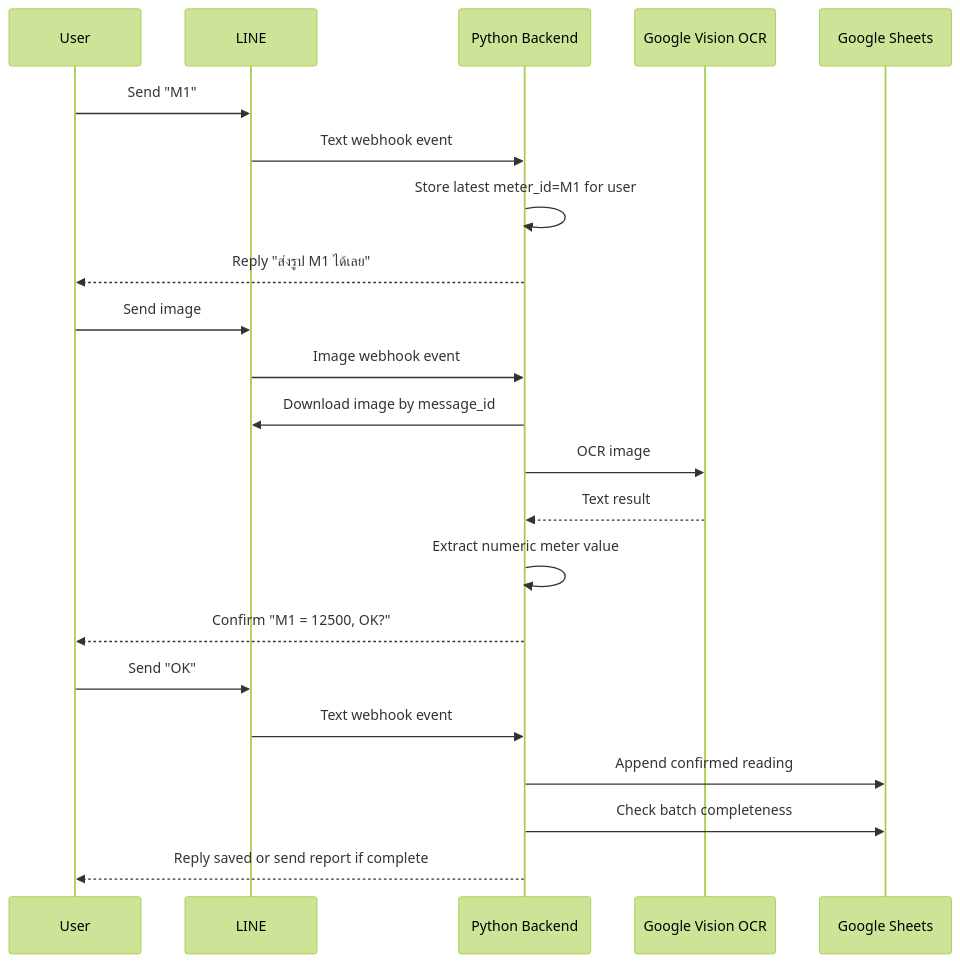
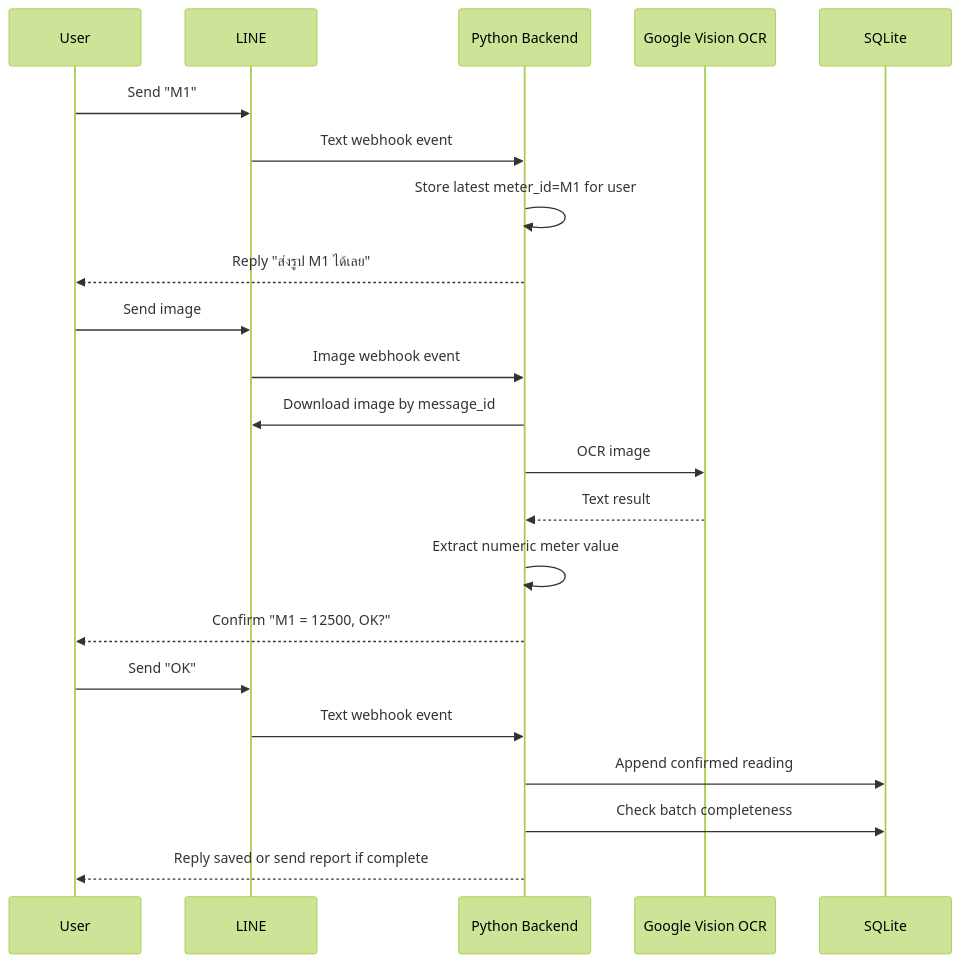
The second of 2 diagrams in docs/01-architecture.md (aphidach/ptop-automation), drawn with Mermaid (forest theme) before and after one commit. The commit also changed other lines of this file and 29 other files, not shown here.

Commit message:
feat: add sqlite storage and sheets sync

````diff
--- a/docs/01-architecture.md
+++ b/docs/01-architecture.md
@@ -50,27 +51,27 @@
 ```mermaid
 sequenceDiagram
     participant User
     participant LINE
     participant API as Python Backend
     participant OCR as Google Vision OCR
-    participant Sheet as Google Sheets
+    participant DB as SQLite
 
     User->>LINE: Send "M1"
     LINE->>API: Text webhook event
     API->>API: Store latest meter_id=M1 for user
     API-->>User: Reply "ส่งรูป M1 ได้เลย"
 
     User->>LINE: Send image
     LINE->>API: Image webhook event
     API->>LINE: Download image by message_id
     API->>OCR: OCR image
     OCR-->>API: Text result
     API->>API: Extract numeric meter value
     API-->>User: Confirm "M1 = 12500, OK?"
 
     User->>LINE: Send "OK"
     LINE->>API: Text webhook event
-    API->>Sheet: Append confirmed reading
-    API->>Sheet: Check batch completeness
+    API->>DB: Append confirmed reading
+    API->>DB: Check batch completeness
     API-->>User: Reply saved or send report if complete
 ```
````
